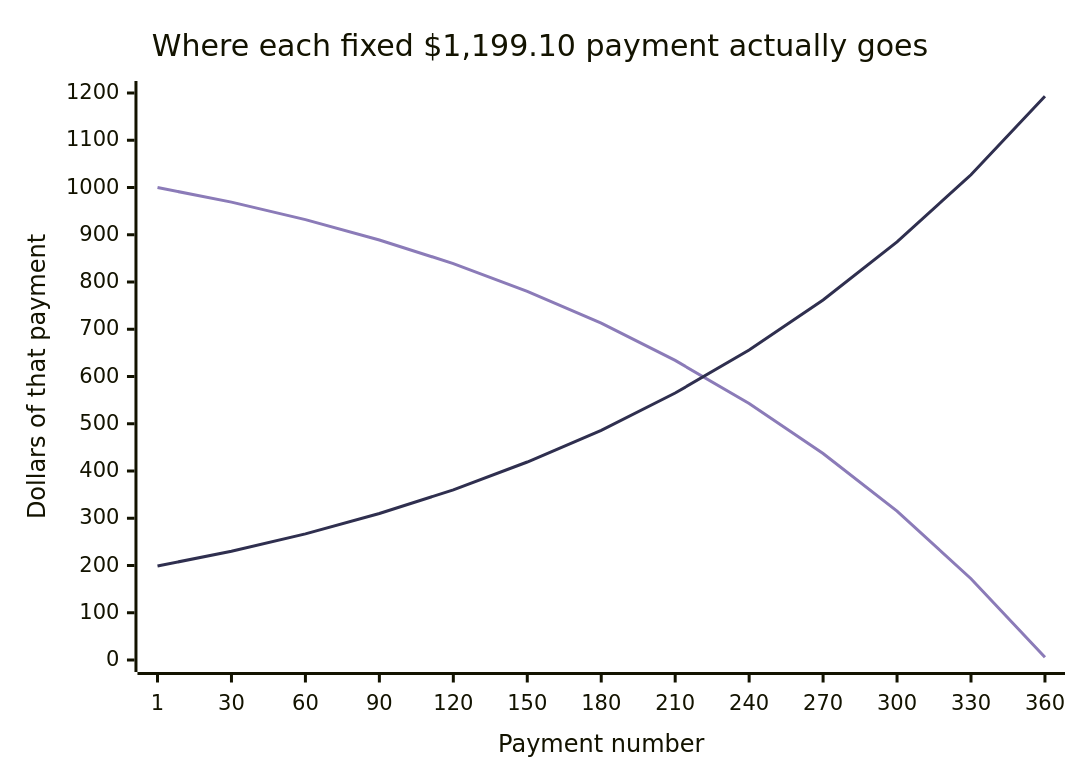
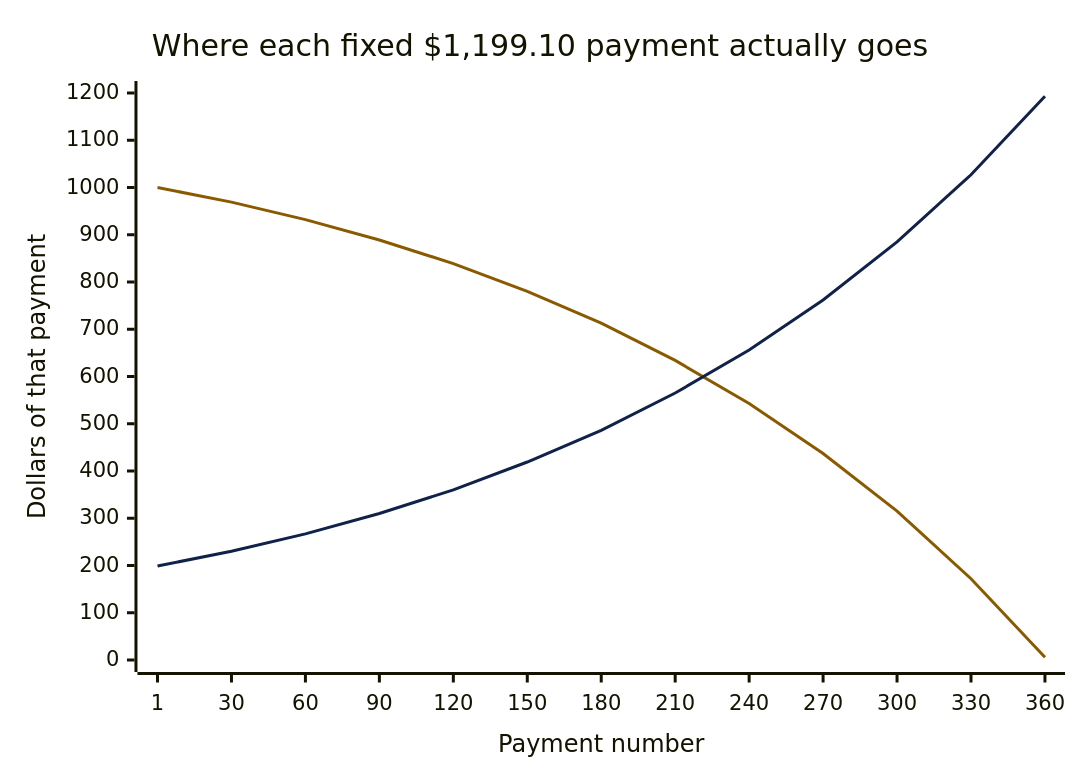
One commit to rioffe/intro_to_ai_software_engineering changed the first of 4 diagrams in manuscript/05-fixed-mortgages.md. Above: the diagram before and after it, drawn with Mermaid. The commit also changed other lines of this file and 8 other files, not shown here.

````diff
--- a/manuscript/05-fixed-mortgages.md
+++ b/manuscript/05-fixed-mortgages.md
@@ -25,14 +25,15 @@
 ```mermaid
 ---
 config:
+  themeCSS: ".line-plot-0 { stroke-dasharray: 10 6; stroke-width: 3px; } .line-plot-1 { stroke-width: 3px; }"
   themeVariables:
     xyChart:
-      plotColorPalette: "#8b7bb8, #2f2f4f"
+      plotColorPalette: "#8a5a00, #10214a"
 ---
 xychart-beta
     title "Where each fixed $1,199.10 payment actually goes"
     x-axis "Payment number" [1, 30, 60, 90, 120, 150, 180, 210, 240, 270, 300, 330, 360]
     y-axis "Dollars of that payment" 0 --> 1200
     line [1000, 969, 932, 889, 839, 780, 713, 634, 543, 437, 315, 172, 6]
     line [199, 230, 267, 310, 360, 419, 486, 565, 656, 762, 885, 1027, 1193]
 ```
````
